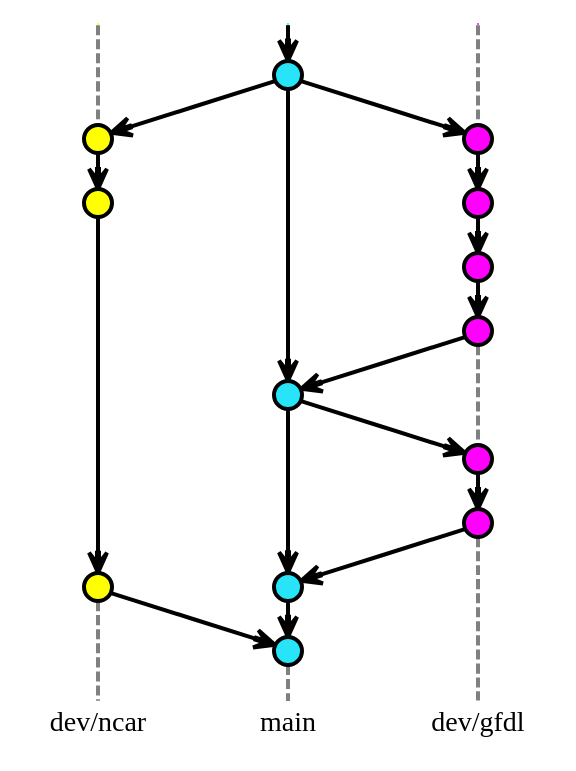
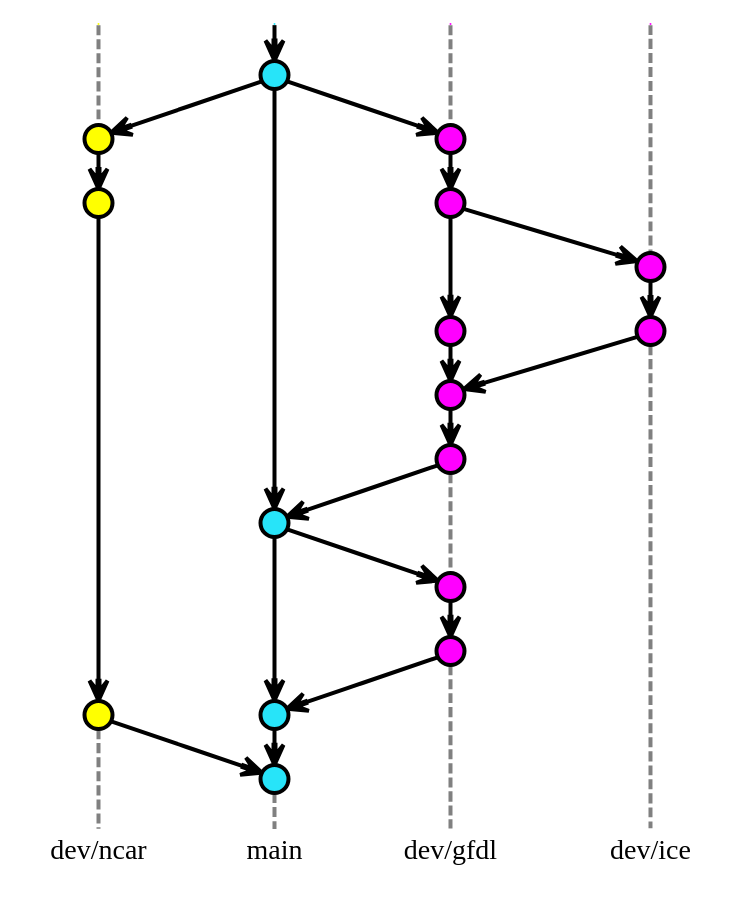
One commit to marshallward/woco2023 changed the diagram in dot/git_nodes_dev.dot. Above: the diagram before and after it, drawn with Graphviz. The commit also changed 1 other file, not shown here.

```diff
--- a/dot/git_nodes_dev.dot
+++ b/dot/git_nodes_dev.dot
@@ -1,101 +1,123 @@
 digraph git_no_ff {
     rankdir="TB"
-    nodesep=0.5
+    nodesep=0.4
     ranksep=0.25
     outputorder=edgesfirst
 
     // Global settings
     node [
         style=filled
         color="black"
         fontname="Inconsolata"
         fontcolor=black
     ]
     edge [
         arrowhead=vee
         color="black"
         penwidth=2
     ]
 
     // Branch label nodes
     node [
         fixedsize=false
         penwidth=0
         fillcolor=none
         shape=none
         width=0
         height=0
         margin="0.05"
     ]
     subgraph {
         rank=sink
+        ne [label="dev/ncar", group="ncar"]
+    }
+    subgraph {
+        rank=sink
         me [label="main", group="main"]
     }
     subgraph {
         rank=sink
         ge [label="dev/gfdl", group="gfdl"]
     }
     subgraph {
         rank=sink
-        ne [label="dev/ncar", group="ncar"]
+        se [label="dev/ice", group="ice"]
     }
 
     // Commit nodes
     node [
         width=0.2
         height=0.2
         label=""
         shape=circle
         penwidth=2
     ]
 
     // main branch
     node [
         group="main"
         fillcolor="#27E4F9"
     ]
     m1 -> m2 -> m3 -> m4
     subgraph {
         rank=source
         ms [label="", width=0, height=0, penwidth=0]
     }
     //ms -> m1 [color="gray", style=dashed, arrowhead=none]
     ms -> m1
     m4 -> me [color="gray", style=dashed, arrowhead=none]
 
     // GFDL branch
     node [
         group="gfdl"
         fillcolor="magenta"
     ]
-    g1 -> g2 -> g3 -> g4
+    g1 -> g2 -> g2p5 -> g3 -> g4
     g5 -> g6
     subgraph {
         rank=source
         gs [label="", width=0, height=0, penwidth=0]
     }
     gs -> g1 [color="gray", style=dashed, arrowhead=none]
     g4 -> g5 [color="gray", style=dashed, arrowhead=none]
     g6 -> ge [color="gray", style=dashed, arrowhead=none]
+
+    // dev branch (sea ice)
+    node [
+        group="ice"
+        fillcolor="magenta"
+    ]
+    s1 -> s2
+    subgraph {
+        rank=source
+        ss [label="", width=0, height=0, penwidth=0]
+    }
+    ss -> s1 [color="gray", style=dashed, arrowhead=none]
+    s2 -> se [color="gray", style=dashed, arrowhead=none]
 
     // NCAR branch
     node [
         group="ncar"
         fillcolor="yellow"
     ]
     n1 -> n2 -> n3
     subgraph {
         rank=source
         ns [label="", width=0, height=0, penwidth=0]
     }
     ns -> n1 [color="gray", style=dashed, arrowhead=none]
     n3 -> ne [color="gray", style=dashed, arrowhead=none]
 
     // Branch interactions
     m1 -> g1;
     m1 -> n1;
+
     g4 -> m2;
     m2 -> g5;
     g6 -> m3;
+
+    g2 -> s1;
+    s2 -> g3;
+
     n3 -> m4;
 }
```
